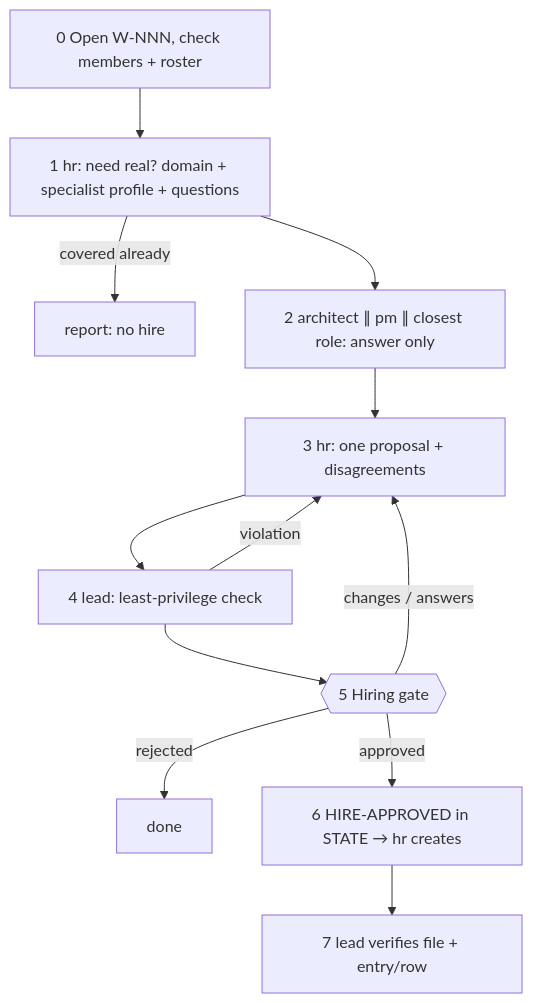
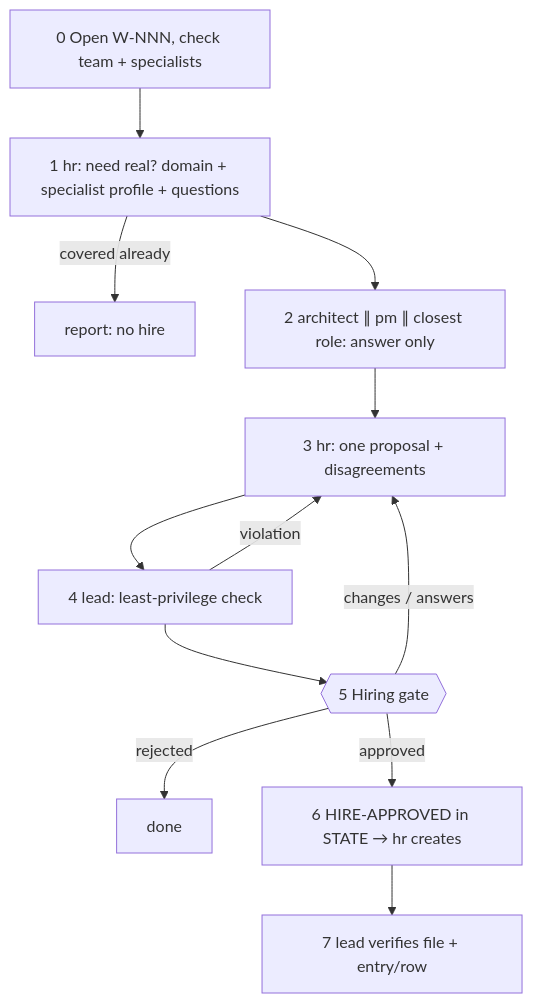
Before and after one commit to Tuan-Quyen/technical-teams: the diagram in commands/hire.md, drawn with Mermaid. The commit also changed other lines of this file and 46 other files, not shown here.

````diff
--- a/commands/hire.md
+++ b/commands/hire.md
@@ -47,14 +47,14 @@
 ```mermaid
 flowchart TD
-  A[0 Open W-NNN, check members + roster] --> B[1 hr: need real? domain + specialist profile + questions]
+  A[0 Open W-NNN, check team + specialists] --> B[1 hr: need real? domain + specialist profile + questions]
   B -- covered already --> N[report: no hire]
   B --> C[2 architect ∥ pm ∥ closest role: answer only]
   C --> D[3 hr: one proposal + disagreements]
   D --> E[4 lead: least-privilege check]
   E -- violation --> D
   E --> G{{5 Hiring gate}}
   G -- changes / answers --> D
   G -- rejected --> R[done]
   G -- approved --> H[6 HIRE-APPROVED in STATE → hr creates]
   H --> V[7 lead verifies file + entry/row]
 ```
````
